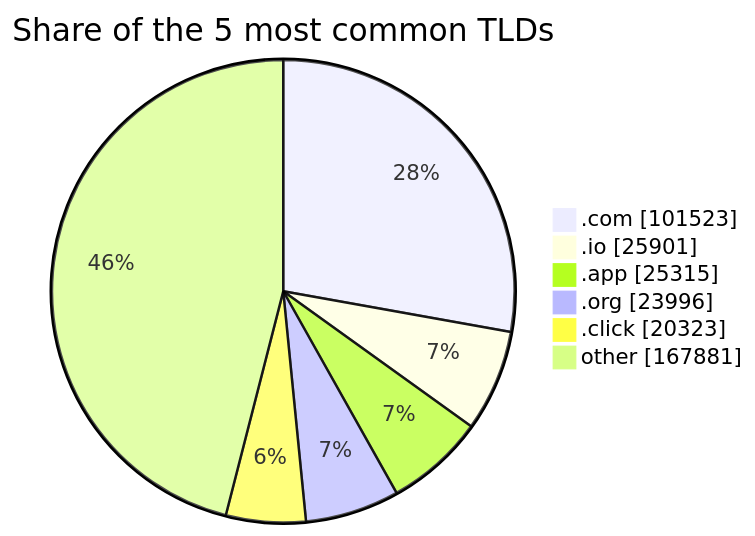
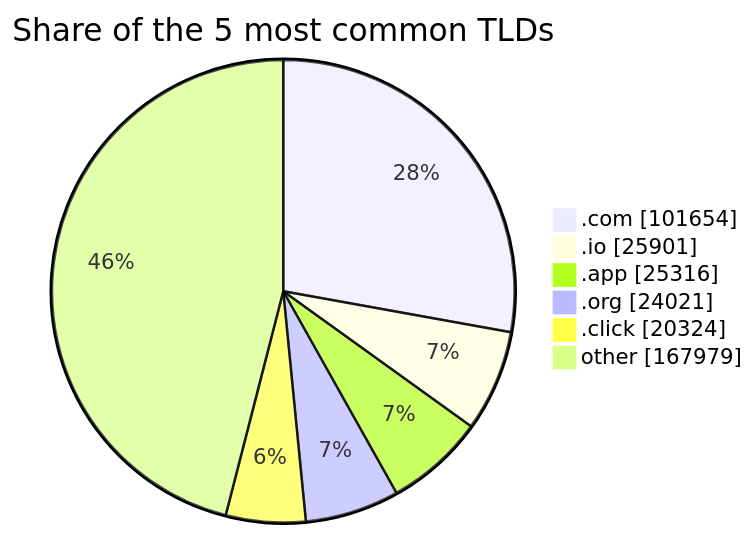
Before and after one commit to DNSBunker/CTI: the third of 3 diagrams in README.md, drawn with Mermaid. The commit also changed other lines of this file and 3 other files, not shown here.

````diff
--- a/README.md
+++ b/README.md
@@ -81,9 +81,9 @@
 ```mermaid
 pie showData title Share of the 5 most common TLDs
-    ".com" : 101523
+    ".com" : 101654
     ".io" : 25901
-    ".app" : 25315
-    ".org" : 23996
-    ".click" : 20323
-    "other" : 167881
+    ".app" : 25316
+    ".org" : 24021
+    ".click" : 20324
+    "other" : 167979
 ```
````
